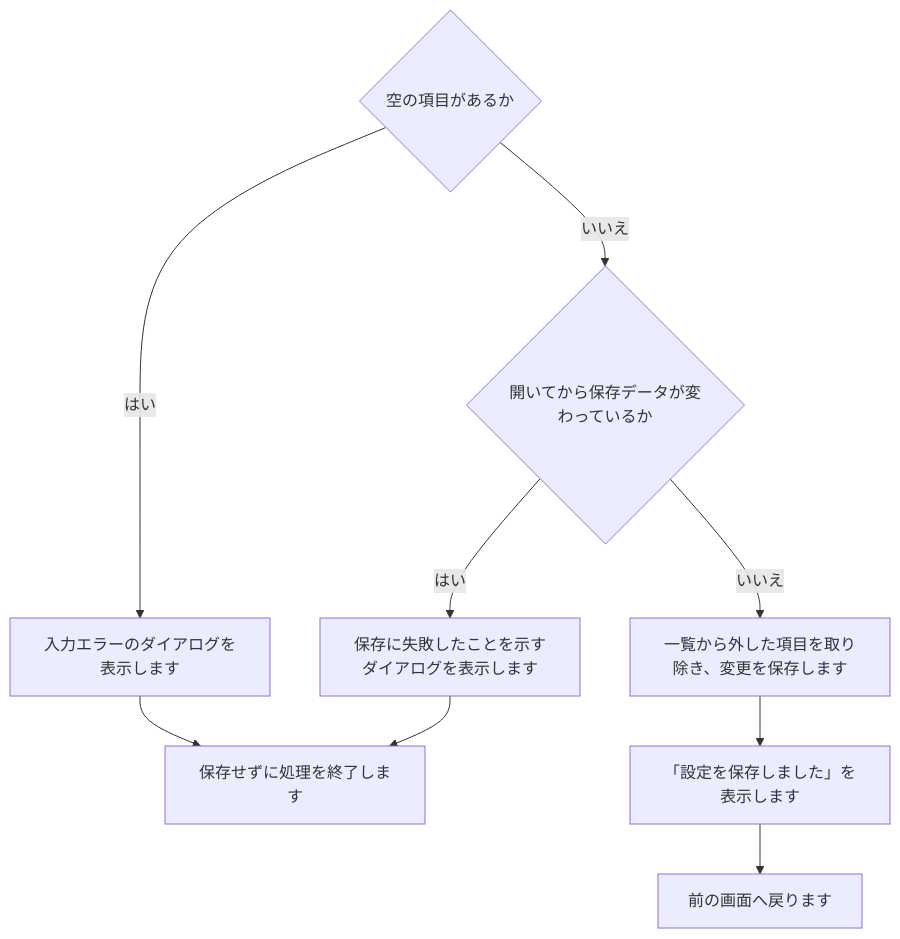
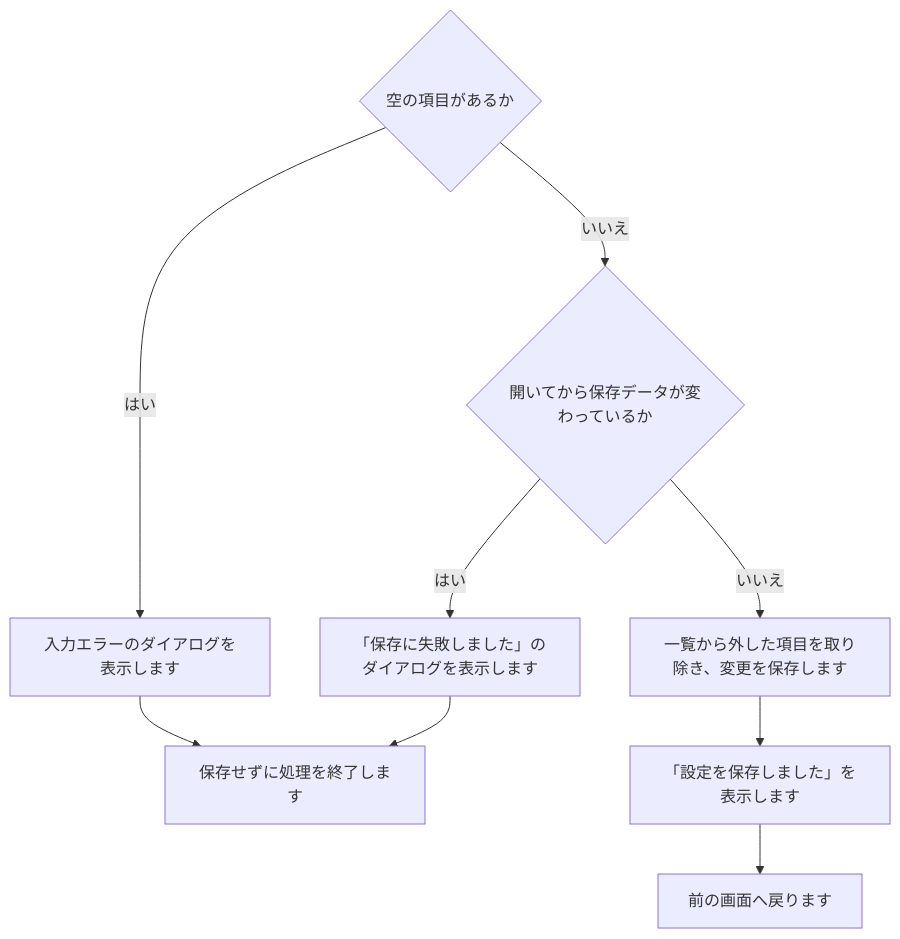
One commit to nishida2073/project_management changed diagram 22 of 34 in tool/smstokintone/doc/02_設計/処理フロー.md. Above: the diagram before and after it, drawn with Mermaid. The commit also changed other lines of this file, not shown here.

````diff
--- a/tool/smstokintone/doc/02_設計/処理フロー.md
+++ b/tool/smstokintone/doc/02_設計/処理フロー.md
@@ -361,9 +361,9 @@
 ```mermaid
 flowchart TD
   A{"空の項目があるか"} -- はい --> B["入力エラーのダイアログを表示します"] --> C["保存せずに処理を終了します"]
   A -- いいえ --> D{"開いてから保存データが変わっているか"}
-  D -- はい --> E["保存に失敗したことを示すダイアログを表示します"] --> C
+  D -- はい --> E["「保存に失敗しました」のダイアログを表示します"] --> C
   D -- いいえ --> F["一覧から外した項目を取り除き、変更を保存します"]
   F --> G["「設定を保存しました」を表示します"]
   G --> H["前の画面へ戻ります"]
 ```
````
